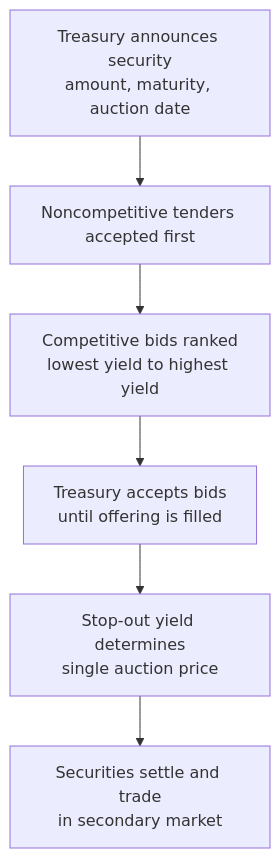
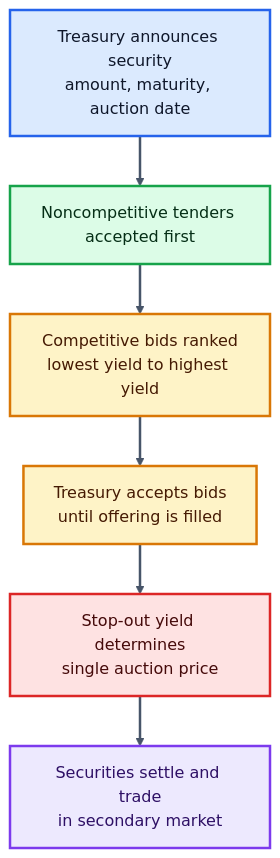
Before and after one commit to AliBoloor/BUS411: the third of 8 diagrams in lecture_notes/lec5.qmd, drawn with Mermaid. The commit also changed other lines of this file and 5 other files, not shown here.

````diff
--- a/lecture_notes/lec5.qmd
+++ b/lecture_notes/lec5.qmd
@@ -210,8 +304,20 @@
 ```{mermaid}
+%%{init: {"theme": "base", "themeVariables": {"fontFamily": "Inter, Arial, sans-serif", "lineColor": "#475569"}}}%%
 flowchart TB
   A["Treasury announces security<br/>amount, maturity, auction date"] --> B["Noncompetitive tenders accepted first"]
   B --> C["Competitive bids ranked<br/>lowest yield to highest yield"]
   C --> D["Treasury accepts bids<br/>until offering is filled"]
   D --> E["Stop-out yield determines<br/>single auction price"]
   E --> F["Securities settle and trade<br/>in secondary market"]
+  classDef announce fill:#dbeafe,stroke:#2563eb,stroke-width:2.5px,color:#0f172a;
+  classDef access fill:#dcfce7,stroke:#16a34a,stroke-width:2.5px,color:#052e16;
+  classDef rank fill:#fef3c7,stroke:#d97706,stroke-width:2.5px,color:#451a03;
+  classDef clear fill:#fee2e2,stroke:#dc2626,stroke-width:2.5px,color:#450a0a;
+  classDef market fill:#ede9fe,stroke:#7c3aed,stroke-width:2.5px,color:#2e1065;
+  class A announce;
+  class B access;
+  class C,D rank;
+  class E clear;
+  class F market;
+  linkStyle default stroke:#475569,stroke-width:2.5px;
 ```
````
